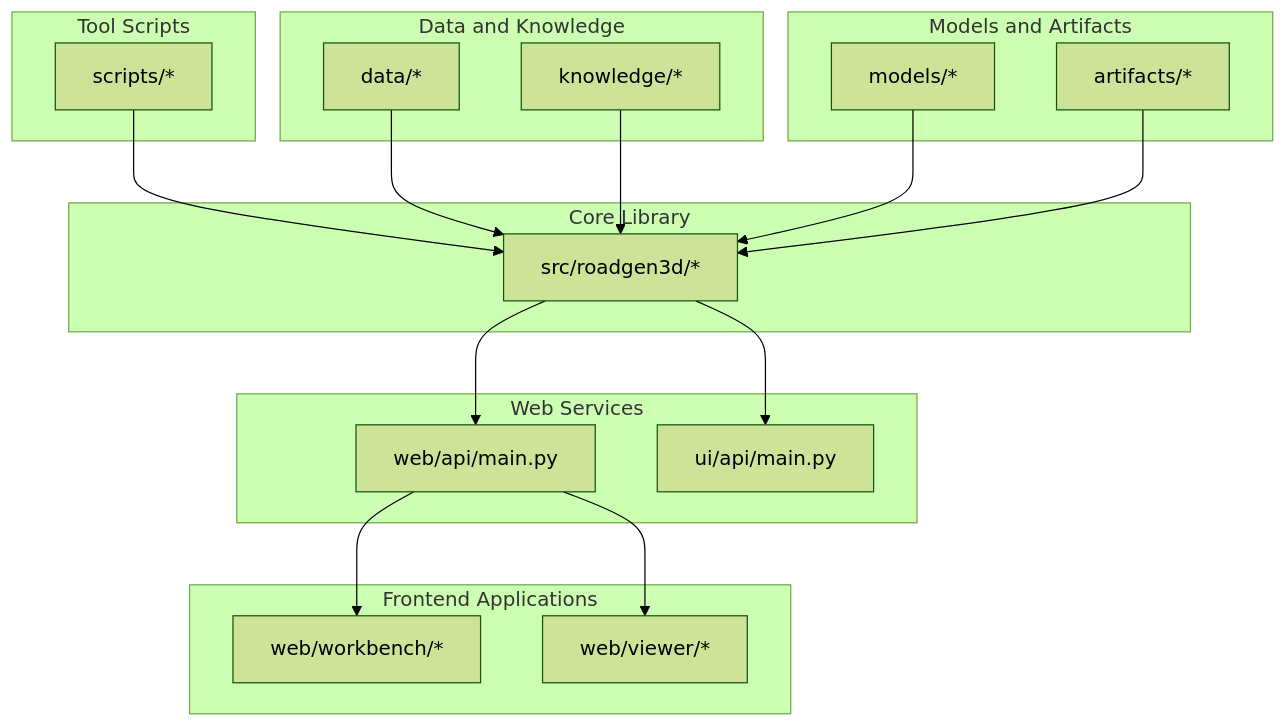
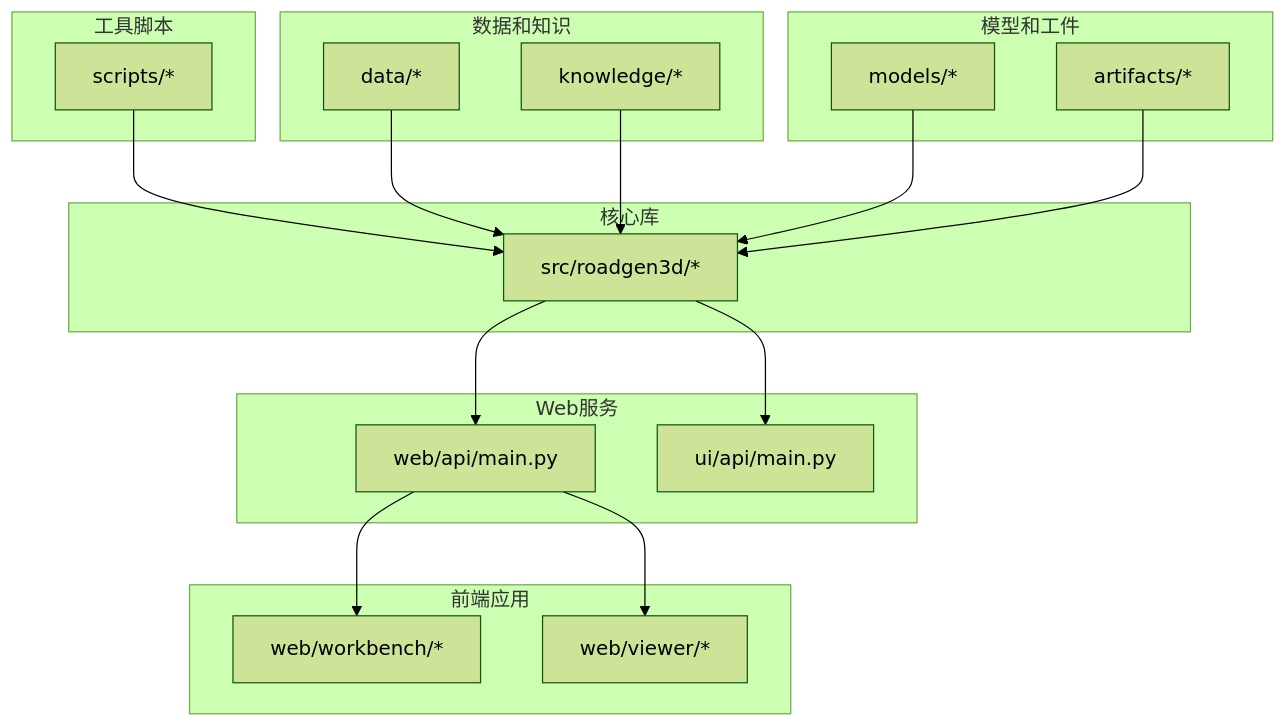
One commit to wsqstar/RoadGen3D changed the first of 6 diagrams in .qoder/repowiki/zh/content/项目概述/项目概述.md. Above: the diagram before and after it, drawn with Mermaid (forest theme). The commit also changed other lines of this file and 10 other files, not shown here.

First line of the commit message:
docs(architecture): update system architecture with OSM and POI integration

````diff
--- a/.qoder/repowiki/zh/content/项目概述/项目概述.md
+++ b/.qoder/repowiki/zh/content/项目概述/项目概述.md
@@ -152,34 +150,34 @@
 ```mermaid
 graph TB
-subgraph "Core Library"
+subgraph "核心库"
 RG3D["src/roadgen3d/*"]
 end
-subgraph "Tool Scripts"
+subgraph "工具脚本"
 SCRIPTS["scripts/*"]
 end
-subgraph "Web Services"
+subgraph "Web服务"
 WEB_API["web/api/main.py"]
 UI_API["ui/api/main.py"]
 end
-subgraph "Frontend Applications"
+subgraph "前端应用"
 WORKBENCH["web/workbench/*"]
 VIEWER["web/viewer/*"]
 end
-subgraph "Data and Knowledge"
+subgraph "数据和知识"
 DATA["data/*"]
 KNOWLEDGE["knowledge/*"]
 end
-subgraph "Models and Artifacts"
+subgraph "模型和工件"
 MODELS["models/*"]
 ARTIFACTS["artifacts/*"]
 end
 RG3D --> WEB_API
 RG3D --> UI_API
 WEB_API --> WORKBENCH
 WEB_API --> VIEWER
 SCRIPTS --> RG3D
 DATA --> RG3D
 KNOWLEDGE --> RG3D
 MODELS --> RG3D
 ARTIFACTS --> RG3D
 ```
````
